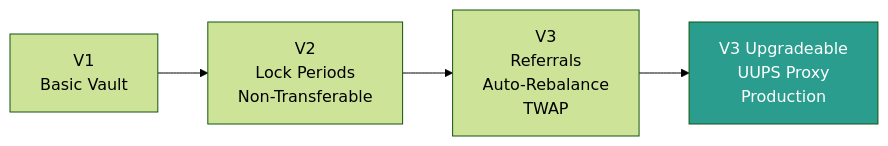
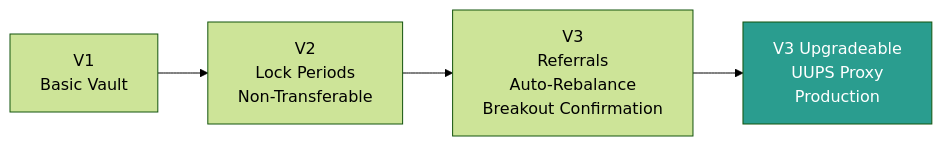
One commit to systemtest1227-cpu/umai-docs changed the second of 5 diagrams in architecture/overview.md. Above: the diagram before and after it, drawn with Mermaid (forest theme). The commit also changed other lines of this file and 13 other files, not shown here.

````diff
--- a/architecture/overview.md
+++ b/architecture/overview.md
@@ -62,8 +62,8 @@
 ```mermaid
 graph LR
     V1[V1<br/>Basic Vault] --> V2[V2<br/>Lock Periods<br/>Non-Transferable]
-    V2 --> V3[V3<br/>Referrals<br/>Auto-Rebalance<br/>TWAP]
+    V2 --> V3[V3<br/>Referrals<br/>Auto-Rebalance<br/>Breakout Confirmation]
     V3 --> V3U[V3 Upgradeable<br/>UUPS Proxy<br/>Production]
 
     style V3U fill:#2a9d8f,color:#fff
 ```
````
